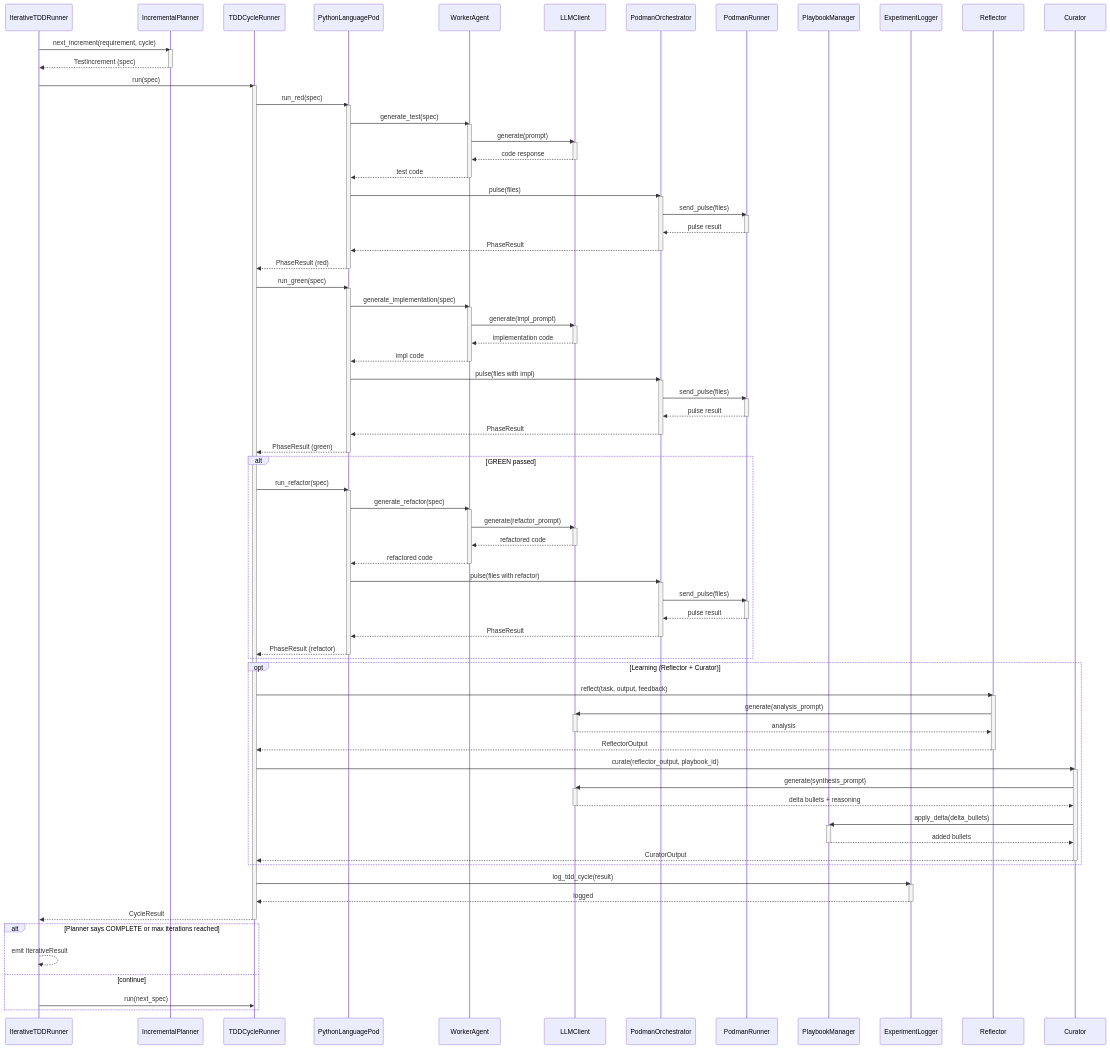
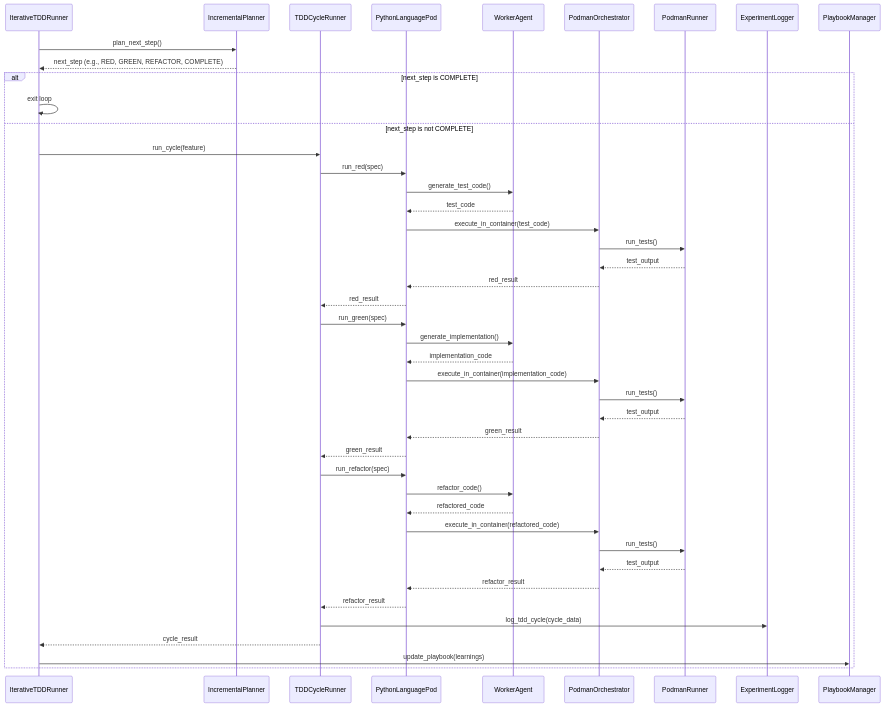
The diagram in docs/SYSTEM_ARCHITECTURE.md (carlhuxley/ace_enterprise), drawn with Mermaid before and after one commit. The commit also changed other lines of this file and 5 other files, not shown here.

````diff
--- a/docs/SYSTEM_ARCHITECTURE.md
+++ b/docs/SYSTEM_ARCHITECTURE.md
@@ -51,122 +42,43 @@
     participant Cycle as TDDCycleRunner
     participant Pod as PythonLanguagePod
     participant Worker as WorkerAgent
-    participant LLM as LLMClient
-    participant Sandbox as PodmanOrchestrator
-    participant Container as PodmanRunner
+    participant Orch as PodmanOrchestrator
+    participant Cont as PodmanRunner
+    participant Logger as ExperimentLogger
     participant Playbook as PlaybookManager
-    participant Logger as ExperimentLogger
-    participant Reflector as Reflector
-    participant Curator as Curator
 
-    Runner->>Planner: next_increment(requirement, cycle)
-    activate Planner
-    Planner-->>Runner: TestIncrement (spec)
-    deactivate Planner
-
-    Runner->>Cycle: run(spec)
-    activate Cycle
-
-    Cycle->>Pod: run_red(spec)
-    activate Pod
-    Pod->>Worker: generate_test(spec)
-    activate Worker
-    Worker->>LLM: generate(prompt)
-    activate LLM
-    LLM-->>Worker: code response
-    deactivate LLM
-    Worker-->>Pod: test code
-    deactivate Worker
-    Pod->>Sandbox: pulse(files)
-    activate Sandbox
-    Sandbox->>Container: send_pulse(files)
-    activate Container
-    Container-->>Sandbox: pulse result
-    deactivate Container
-    Sandbox-->>Pod: PhaseResult
-    deactivate Sandbox
-    Pod-->>Cycle: PhaseResult (red)
-    deactivate Pod
-
-    Cycle->>Pod: run_green(spec)
-    activate Pod
-    Pod->>Worker: generate_implementation(spec)
-    activate Worker
-    Worker->>LLM: generate(impl_prompt)
-    activate LLM
-    LLM-->>Worker: implementation code
-    deactivate LLM
-    Worker-->>Pod: impl code
-    deactivate Worker
-    Pod->>Sandbox: pulse(files with impl)
-    activate Sandbox
-    Sandbox->>Container: send_pulse(files)
-    activate Container
-    Container-->>Sandbox: pulse result
-    deactivate Container
-    Sandbox-->>Pod: PhaseResult
-    deactivate Sandbox
-    Pod-->>Cycle: PhaseResult (green)
-    deactivate Pod
-
-    alt GREEN passed
+    Runner->>Planner: plan_next_step()
+    Planner-->>Runner: next_step (e.g., RED, GREEN, REFACTOR, COMPLETE)
+    alt next_step is COMPLETE
+        Runner->>Runner: exit loop
+    else next_step is not COMPLETE
+        Runner->>Cycle: run_cycle(feature)
+        Cycle->>Pod: run_red(spec)
+        Pod->>Worker: generate_test_code()
+        Worker-->>Pod: test_code
+        Pod->>Orch: execute_in_container(test_code)
+        Orch->>Cont: run_tests()
+        Cont-->>Orch: test_output
+        Orch-->>Pod: red_result
+        Pod-->>Cycle: red_result
+        Cycle->>Pod: run_green(spec)
+        Pod->>Worker: generate_implementation()
+        Worker-->>Pod: implementation_code
+        Pod->>Orch: execute_in_container(implementation_code)
+        Orch->>Cont: run_tests()
+        Cont-->>Orch: test_output
+        Orch-->>Pod: green_result
+        Pod-->>Cycle: green_result
         Cycle->>Pod: run_refactor(spec)
-        activate Pod
-        Pod->>Worker: generate_refactor(spec)
-        activate Worker
-        Worker->>LLM: generate(refactor_prompt)
-        activate LLM
-        LLM-->>Worker: refactored code
-        deactivate LLM
-        Worker-->>Pod: refactored code
-        deactivate Worker
-        Pod->>Sandbox: pulse(files with refactor)
-        activate Sandbox
-        Sandbox->>Container: send_pulse(files)
-        activate Container
-        Container-->>Sandbox: pulse result
-        deactivate Container
-        Sandbox-->>Pod: PhaseResult
-        deactivate Sandbox
-        Pod-->>Cycle: PhaseResult (refactor)
-        deactivate Pod
-    end
-
-    opt Learning (Reflector + Curator)
-        Cycle->>Reflector: reflect(task, output, feedback)
-        activate Reflector
-        Reflector->>LLM: generate(analysis_prompt)
-        activate LLM
-        LLM-->>Reflector: analysis
-        deactivate LLM
-        Reflector-->>Cycle: ReflectorOutput
-        deactivate Reflector
-
-        Cycle->>Curator: curate(reflector_output, playbook_id)
-        activate Curator
-        Curator->>LLM: generate(synthesis_prompt)
-        activate LLM
-        LLM-->>Curator: delta bullets + reasoning
-        deactivate LLM
-        Curator->>Playbook: apply_delta(delta_bullets)
-        activate Playbook
-        Playbook-->>Curator: added bullets
-        deactivate Playbook
-        Curator-->>Cycle: CuratorOutput
-        deactivate Curator
-    end
-
-    Cycle->>Logger: log_tdd_cycle(result)
-    activate Logger
-    Logger-->>Cycle: logged
-    deactivate Logger
-
-    Cycle-->>Runner: CycleResult
-    deactivate Cycle
-
-    alt Planner says COMPLETE or max iterations reached
-        Runner-->>Runner: emit IterativeResult
-    else continue
-        Runner->>Cycle: run(next_spec)
+        Pod->>Worker: refactor_code()
+        Worker-->>Pod: refactored_code
+        Pod->>Orch: execute_in_container(refactored_code)
+        Orch->>Cont: run_tests()
+        Cont-->>Orch: test_output
+        Orch-->>Pod: refactor_result
+        Pod-->>Cycle: refactor_result
+        Cycle->>Logger: log_tdd_cycle(cycle_data)
+        Cycle-->>Runner: cycle_result
+        Runner->>Playbook: update_playbook(learnings)
     end
 ```
````
